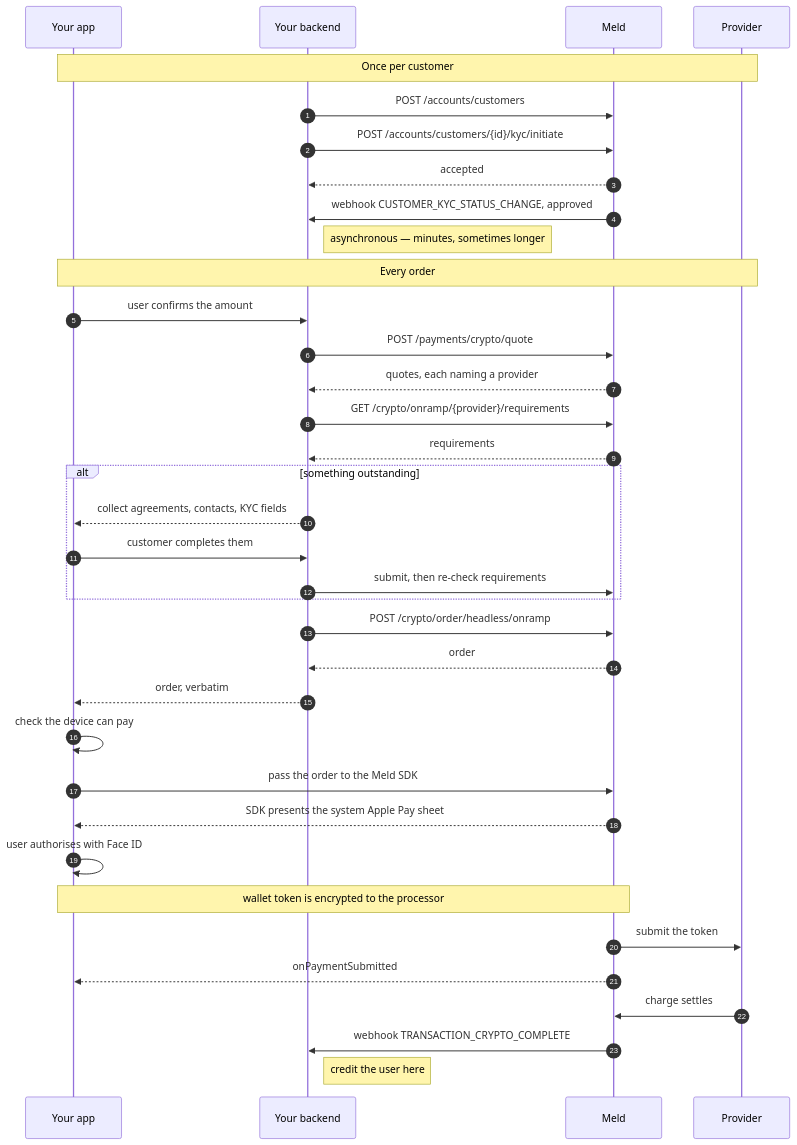
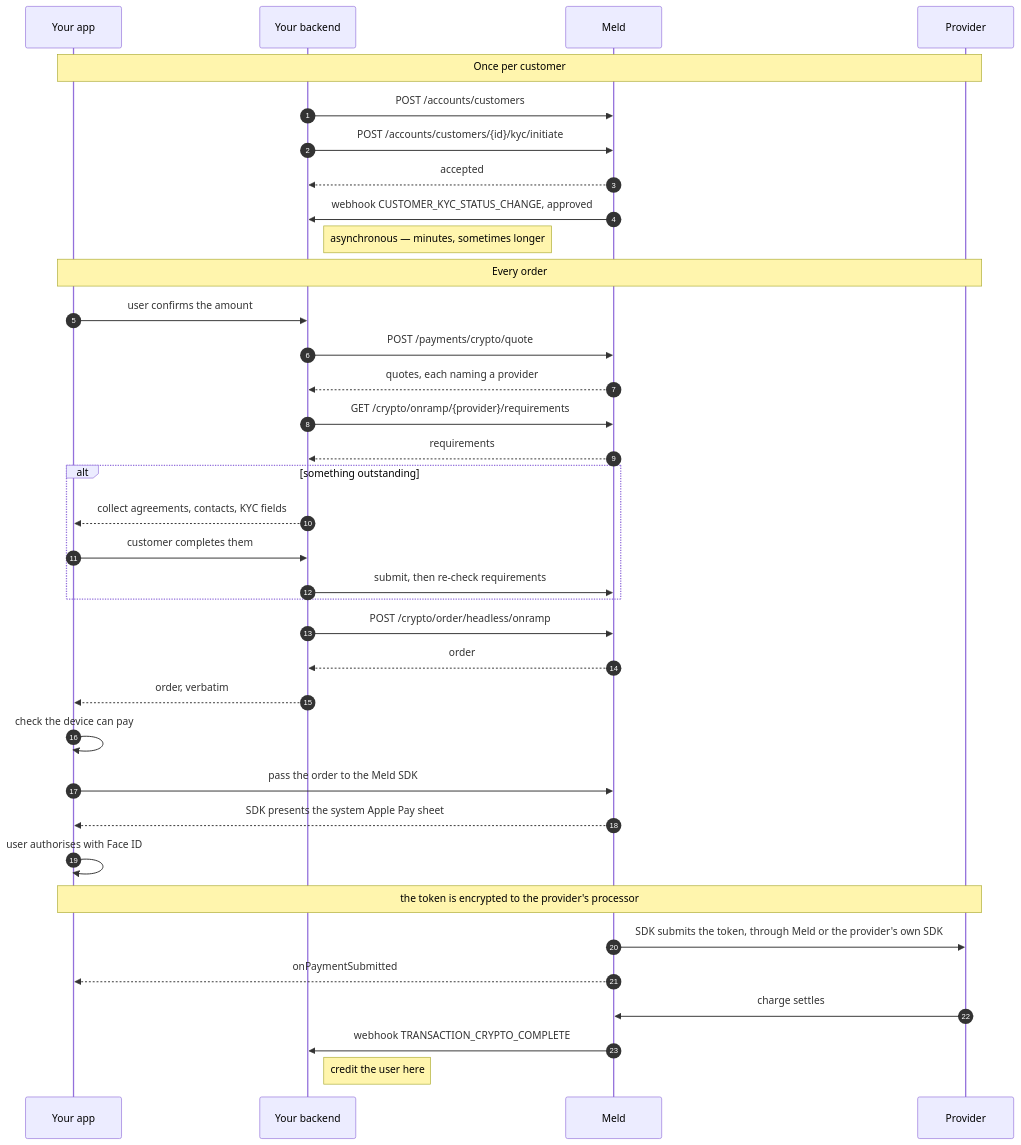
The diagram in docs/stablecoins/headless-integration/apple-pay.mdx (meldeng/docs), drawn with Mermaid before and after one commit. The commit also changed other lines of this file and 1 other file, not shown here.

````diff
--- a/docs/stablecoins/headless-integration/apple-pay.mdx
+++ b/docs/stablecoins/headless-integration/apple-pay.mdx
@@ -115,43 +117,42 @@
 ```mermaid
 sequenceDiagram
     autonumber
     participant App as Your app
     participant Api as Your backend
     participant Meld
     participant P as Provider
 
     Note over App,P: Once per customer
     Api->>Meld: POST /accounts/customers
     Api->>Meld: POST /accounts/customers/{id}/kyc/initiate
     Meld-->>Api: accepted
     Meld->>Api: webhook CUSTOMER_KYC_STATUS_CHANGE, approved
     Note right of Api: asynchronous — minutes, sometimes longer
 
     Note over App,P: Every order
     App->>Api: user confirms the amount
     Api->>Meld: POST /payments/crypto/quote
     Meld-->>Api: quotes, each naming a provider
     Api->>Meld: GET /crypto/onramp/{provider}/requirements
     Meld-->>Api: requirements
     alt something outstanding
         Api-->>App: collect agreements, contacts, KYC fields
         App->>Api: customer completes them
         Api->>Meld: submit, then re-check requirements
     end
 
     Api->>Meld: POST /crypto/order/headless/onramp
     Meld-->>Api: order
     Api-->>App: order, verbatim
 
     App->>App: check the device can pay
     App->>Meld: pass the order to the Meld SDK
     Meld-->>App: SDK presents the system Apple Pay sheet
     App->>App: user authorises with Face ID
-    Note over App,Meld: wallet token is encrypted to the processor
-
-    Meld->>P: submit the token
+    Note over App,P: the token is encrypted to the provider's processor
+    Meld->>P: SDK submits the token, through Meld or the provider's own SDK
     Meld-->>App: onPaymentSubmitted
     P->>Meld: charge settles
     Meld->>Api: webhook TRANSACTION_CRYPTO_COMPLETE
     Note right of Api: credit the user here
 ```
````
